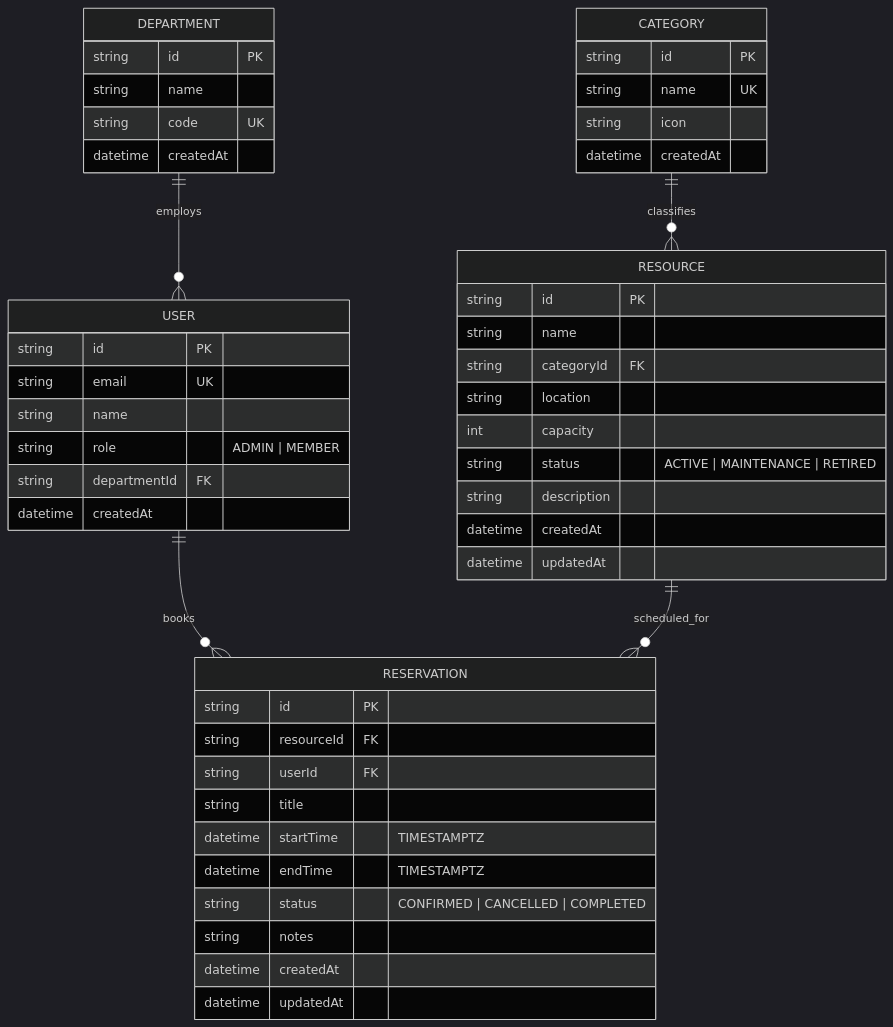
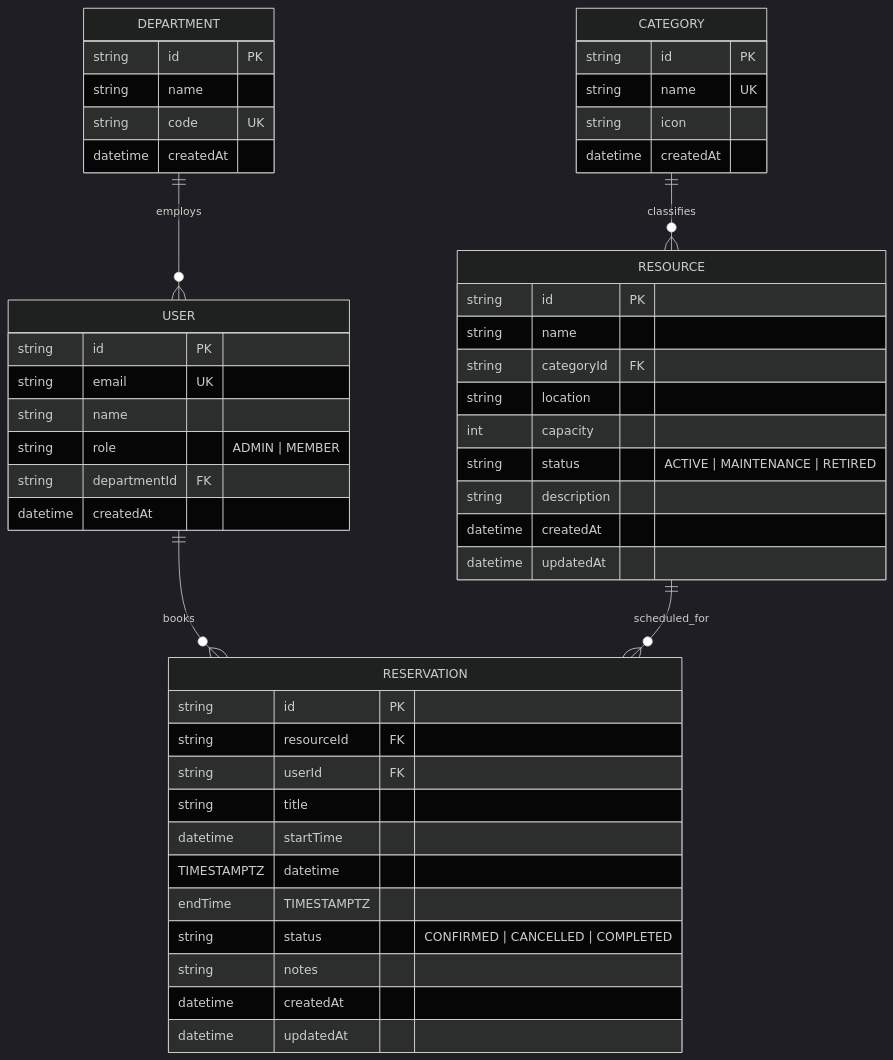
The diagram in README.md (muflamuffathi-creator/resource-reservation-app), drawn with Mermaid (dark theme) before and after one commit. The commit also changed other lines of this file and 5 other files, not shown here.

Commit message:
docs: update README with tech badges and ER diagram, fix font and db configs

````diff
--- a/README.md
+++ b/README.md
@@ -42,55 +68,55 @@
 ```mermaid
 erDiagram
     DEPARTMENT ||--o{ USER : employs
     USER ||--o{ RESERVATION : books
     CATEGORY ||--o{ RESOURCE : classifies
     RESOURCE ||--o{ RESERVATION : scheduled_for
 
     DEPARTMENT {
         string id PK
         string name
         string code UK
         datetime createdAt
     }
 
     USER {
         string id PK
         string email UK
         string name
         string role "ADMIN | MEMBER"
         string departmentId FK
         datetime createdAt
     }
 
     CATEGORY {
         string id PK
         string name UK
         string icon
         datetime createdAt
     }
 
     RESOURCE {
         string id PK
         string name
         string categoryId FK
         string location
         int capacity
         string status "ACTIVE | MAINTENANCE | RETIRED"
         string description
         datetime createdAt
         datetime updatedAt
     }
 
     RESERVATION {
         string id PK
         string resourceId FK
         string userId FK
         string title
-        datetime startTime "TIMESTAMPTZ"
-        datetime endTime "TIMESTAMPTZ"
+        datetime startTime TIMESTAMPTZ
+        datetime endTime TIMESTAMPTZ
         string status "CONFIRMED | CANCELLED | COMPLETED"
         string notes
         datetime createdAt
         datetime updatedAt
     }
 ```
````
